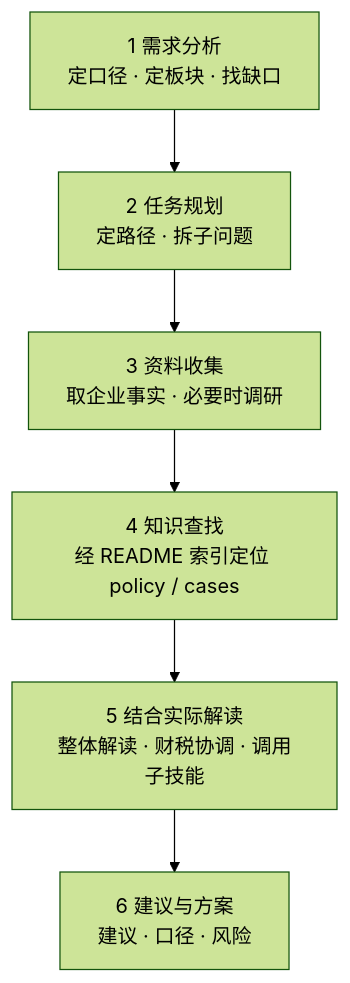
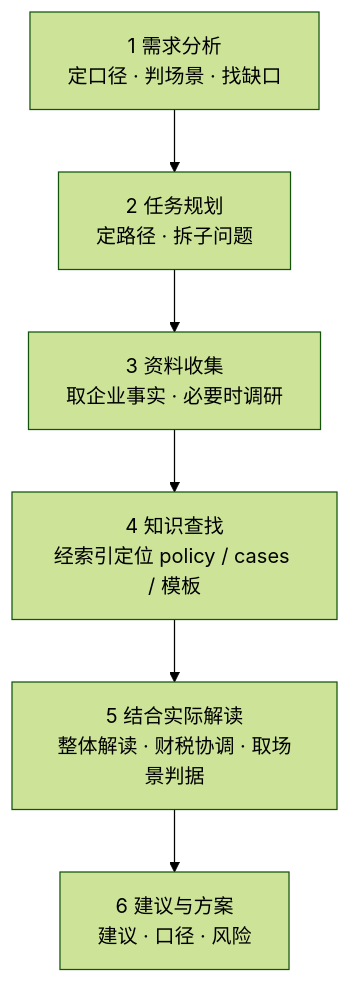
The diagram in subskills/R&D-Expenses/SKILL.md (kuailexiaozixin/tax-analysis-engine), drawn with Mermaid (forest theme) before and after one commit. The commit also changed other lines of this file and 56 other files, not shown here.

````diff
--- a/subskills/R&D-Expenses/SKILL.md
+++ b/subskills/R&D-Expenses/SKILL.md
@@ -52,8 +60,8 @@
 ```mermaid
 flowchart TD
-  S1["1 需求分析<br/>定口径 · 定板块 · 找缺口"] --> S2["2 任务规划<br/>定路径 · 拆子问题"]
+  S1["1 需求分析<br/>定口径 · 判场景 · 找缺口"] --> S2["2 任务规划<br/>定路径 · 拆子问题"]
   S2 --> S3["3 资料收集<br/>取企业事实 · 必要时调研"]
-  S3 --> S4["4 知识查找<br/>经 README 索引定位 policy / cases"]
-  S4 --> S5["5 结合实际解读<br/>整体解读 · 财税协调 · 调用子技能"]
+  S3 --> S4["4 知识查找<br/>经索引定位 policy / cases / 模板"]
+  S4 --> S5["5 结合实际解读<br/>整体解读 · 财税协调 · 取场景判据"]
   S5 --> S6["6 建议与方案<br/>建议 · 口径 · 风险"]
 ```
````
